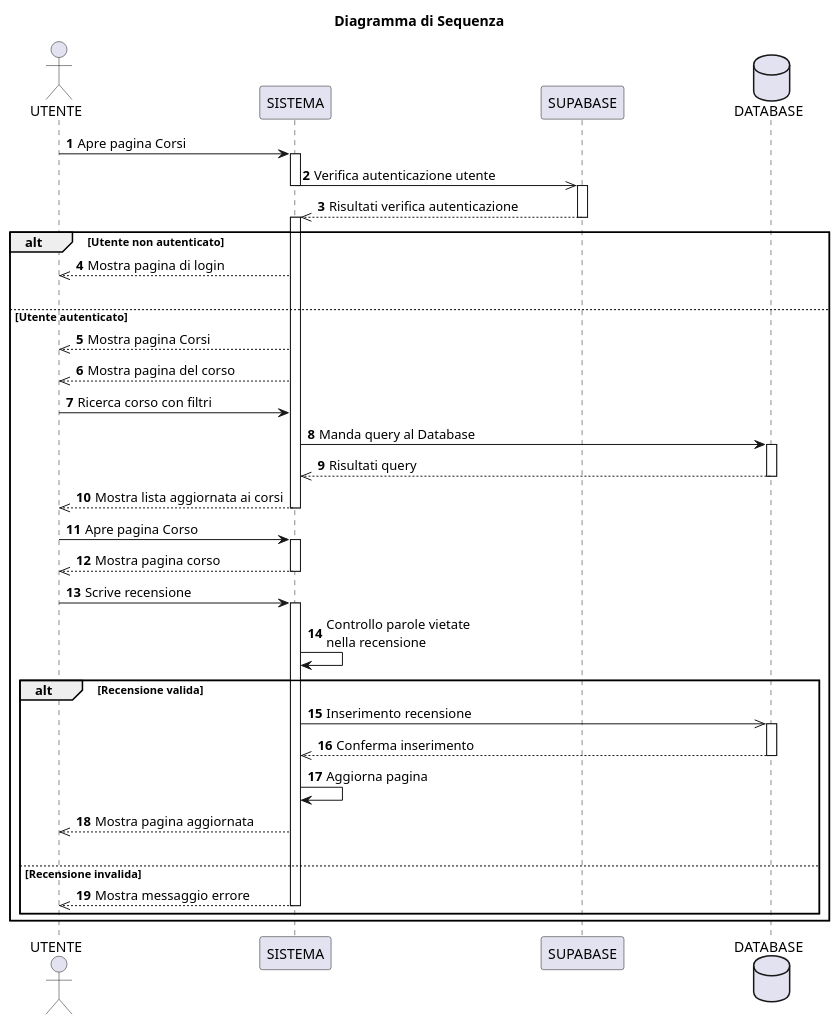
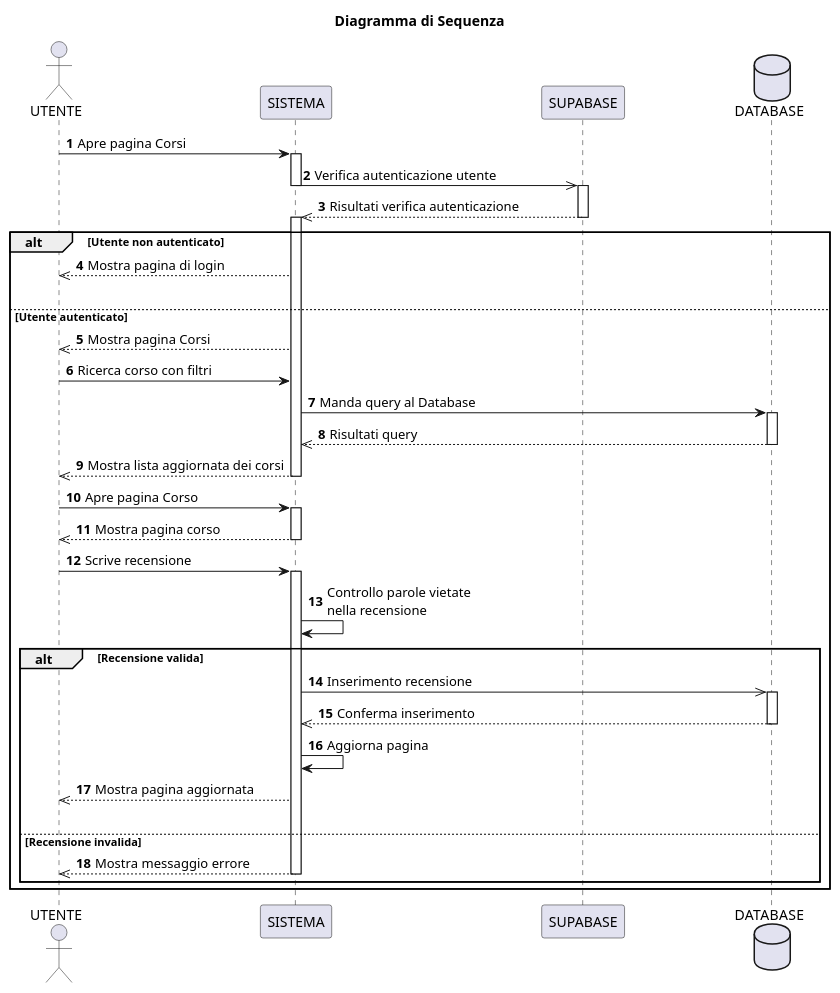
Before and after one commit to AndreaCremonesi4/UniTeam: the diagram in Diagrammi/code/Sequence Diagram/Corsi_e_Recensioni.puml, drawn with PlantUML. The commit also changed 11 other files, not shown here.

```diff
--- a/Diagrammi/code/Sequence Diagram/Corsi_e_Recensioni.puml
+++ b/Diagrammi/code/Sequence Diagram/Corsi_e_Recensioni.puml
@@ -1,58 +1,56 @@
 @startuml SequenceDiagram
 title Diagramma di Sequenza
 
 skinparam ParticipantPadding 100
 
 actor UTENTE as Utente
 participant SISTEMA as Sistema
 participant SUPABASE as Supabase
 
 database DATABASE as Database
 autonumber 1
 
 Utente -> Sistema: Apre pagina Corsi
 activate Sistema
 Sistema ->> Supabase: Verifica autenticazione utente
 deactivate Sistema
 activate Supabase
 Supabase -->> Sistema: Risultati verifica autenticazione 
 deactivate Supabase
 activate Sistema
 alt Utente non autenticato
     Sistema -->> Utente: Mostra pagina di login
     |||
 else Utente autenticato
     Sistema -->> Utente: Mostra pagina Corsi
-
-    Sistema -->> Utente: Mostra pagina del corso
     Utente -> Sistema: Ricerca corso con filtri
     Sistema -> Database: Manda query al Database
     activate Database
     Database -->> Sistema: Risultati query
     deactivate Database
-    Sistema -->> Utente: Mostra lista aggiornata ai corsi
+    Sistema -->> Utente: Mostra lista aggiornata dei corsi
     deactivate Sistema
     
     Utente -> Sistema: Apre pagina Corso
     activate Sistema
     Sistema -->> Utente: Mostra pagina corso
     deactivate Sistema
 
     Utente -> Sistema: Scrive recensione
     activate Sistema
     Sistema -> Sistema: Controllo parole vietate\nnella recensione
     alt Recensione valida
         Sistema ->> Database: Inserimento recensione 
         activate Database
         Database -->> Sistema: Conferma inserimento 
         deactivate Database
         Sistema -> Sistema: Aggiorna pagina
         Sistema -->> Utente: Mostra pagina aggiornata
         |||
     else Recensione invalida
         Sistema -->> Utente: Mostra messaggio errore
     
     deactivate Sistema
     end
 end
 @enduml
```
